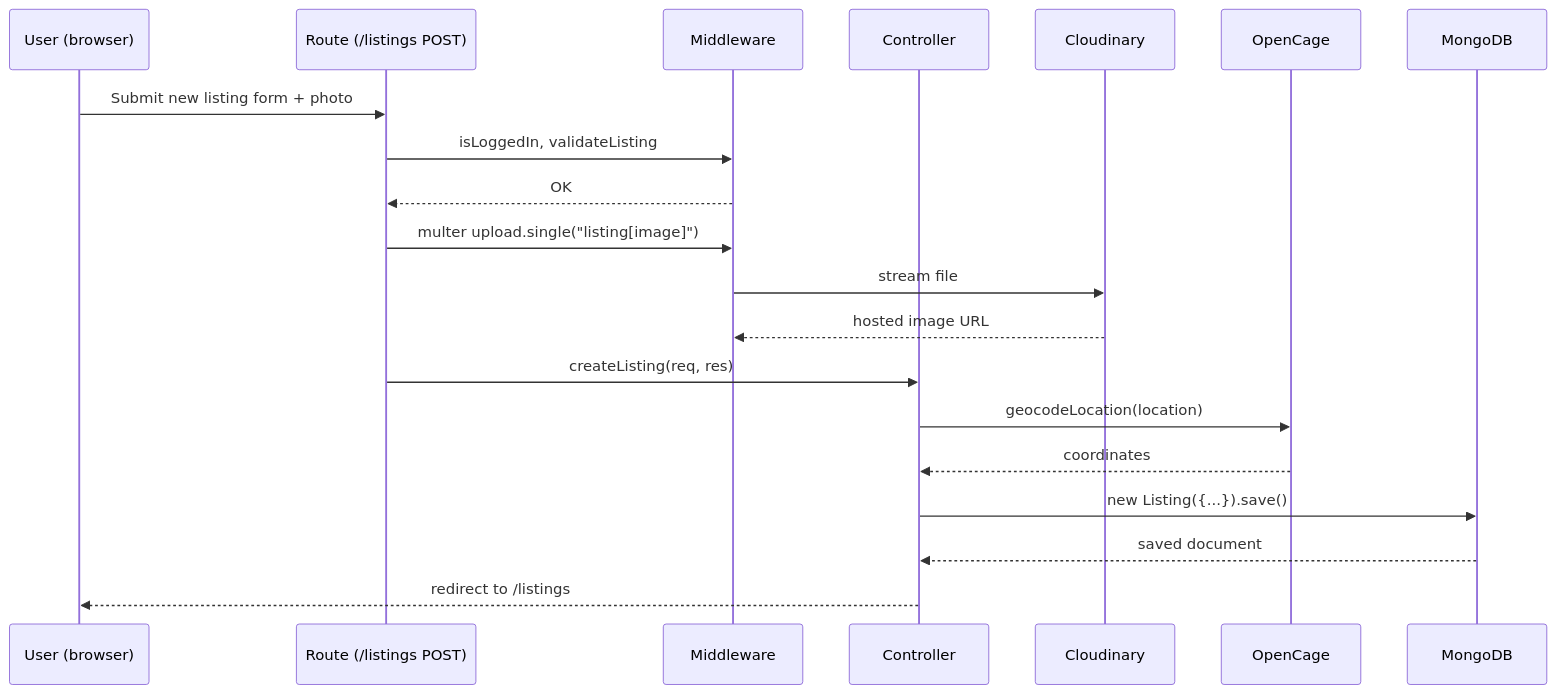
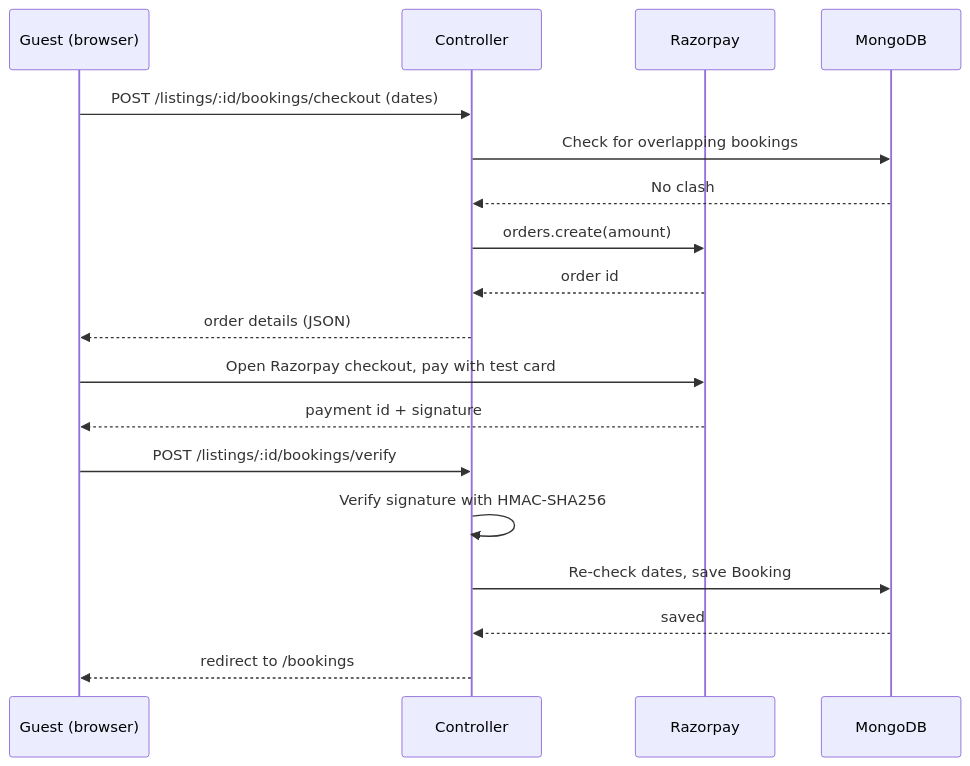
The second of 2 diagrams in README.md (KushagraSri87/StayScape), drawn with Mermaid before and after one commit. The commit also changed other lines of this file, not shown here.

````diff
--- a/README.md
+++ b/README.md
@@ -61,23 +82,21 @@
 ```mermaid
 sequenceDiagram
-    participant U as User (browser)
-    participant R as Route (/listings POST)
-    participant M as Middleware
+    participant U as Guest (browser)
     participant C as Controller
-    participant Cl as Cloudinary
-    participant Oc as OpenCage
+    participant Rz as Razorpay
     participant DB as MongoDB
 
-    U->>R: Submit new listing form + photo
-    R->>M: isLoggedIn, validateListing
-    M-->>R: OK
-    R->>M: multer upload.single("listing[image]")
-    M->>Cl: stream file
-    Cl-->>M: hosted image URL
-    R->>C: createListing(req, res)
-    C->>Oc: geocodeLocation(location)
-    Oc-->>C: coordinates
-    C->>DB: new Listing({...}).save()
-    DB-->>C: saved document
-    C-->>U: redirect to /listings
+    U->>C: POST /listings/:id/bookings/checkout (dates)
+    C->>DB: Check for overlapping bookings
+    DB-->>C: No clash
+    C->>Rz: orders.create(amount)
+    Rz-->>C: order id
+    C-->>U: order details (JSON)
+    U->>Rz: Open Razorpay checkout, pay with test card
+    Rz-->>U: payment id + signature
+    U->>C: POST /listings/:id/bookings/verify
+    C->>C: Verify signature with HMAC-SHA256
+    C->>DB: Re-check dates, save Booking
+    DB-->>C: saved
+    C-->>U: redirect to /bookings
 ```
````
